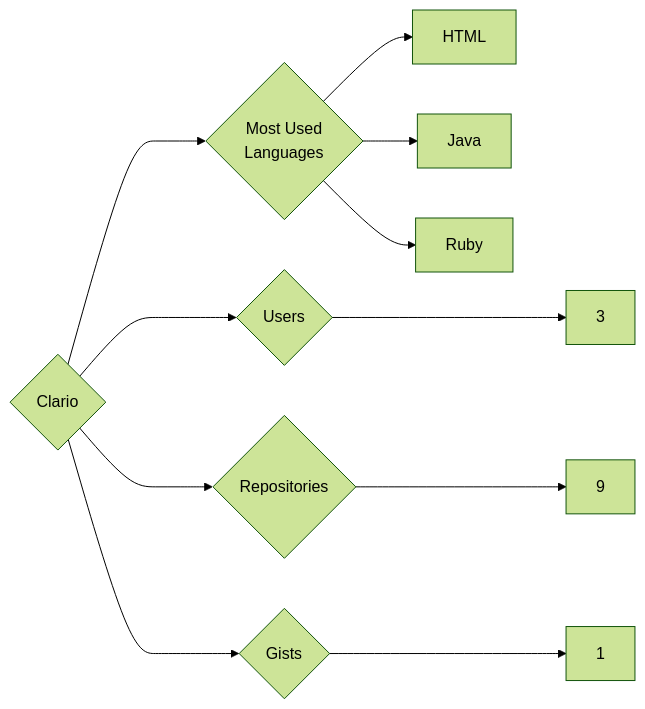
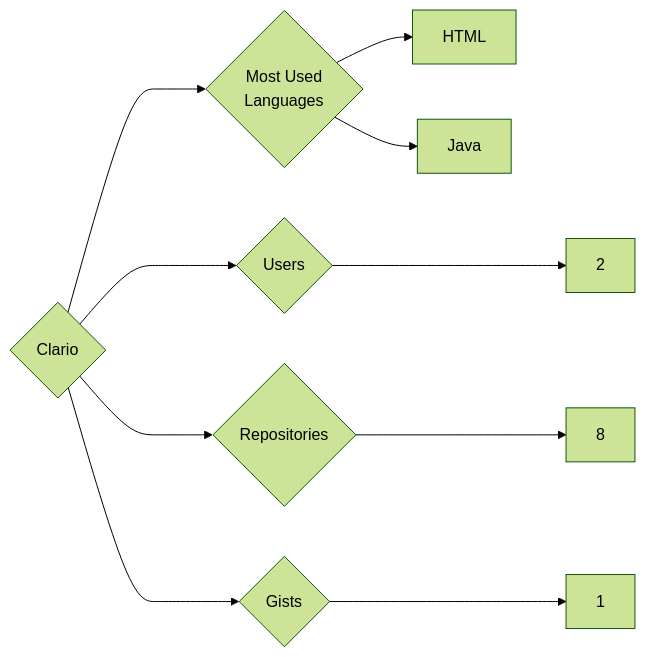
The diagram in targets/Clario/README.md (trickest/insiders), drawn with Mermaid (forest theme) before and after one commit. The commit also changed 1092 other files, not shown here.

````diff
--- a/targets/Clario/README.md
+++ b/targets/Clario/README.md
@@ -3,11 +3,10 @@
 ```mermaid
 graph LR
 COMPANY_NAME{Clario}
-COMPANY_NAME ---> U{Users} ---> UN[3]
-COMPANY_NAME ---> R{Repositories} ---> RN[9]
+COMPANY_NAME ---> U{Users} ---> UN[2]
+COMPANY_NAME ---> R{Repositories} ---> RN[8]
 COMPANY_NAME ---> G{Gists} ---> GN[1]
 COMPANY_NAME ---> ML{Most Used<br>Languages}
 ML --> HTML[HTML]
 ML --> Java[Java]
-ML --> Ruby[Ruby]
 ```
````
